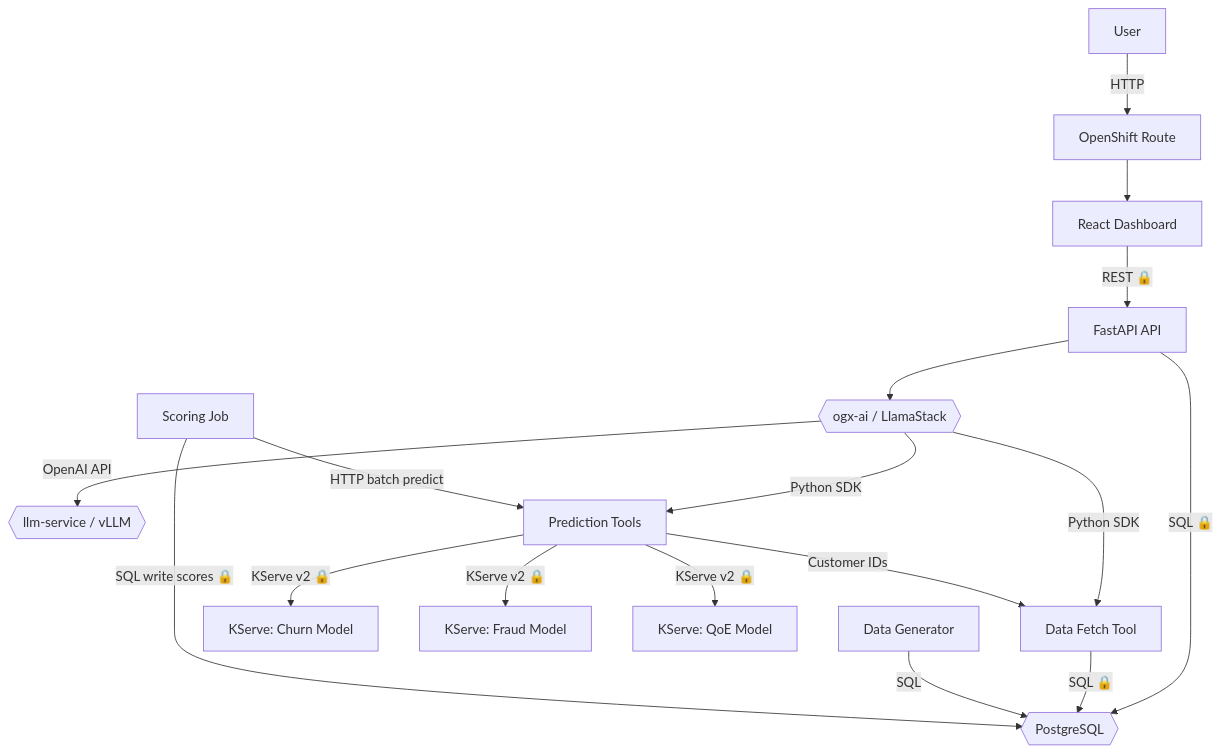
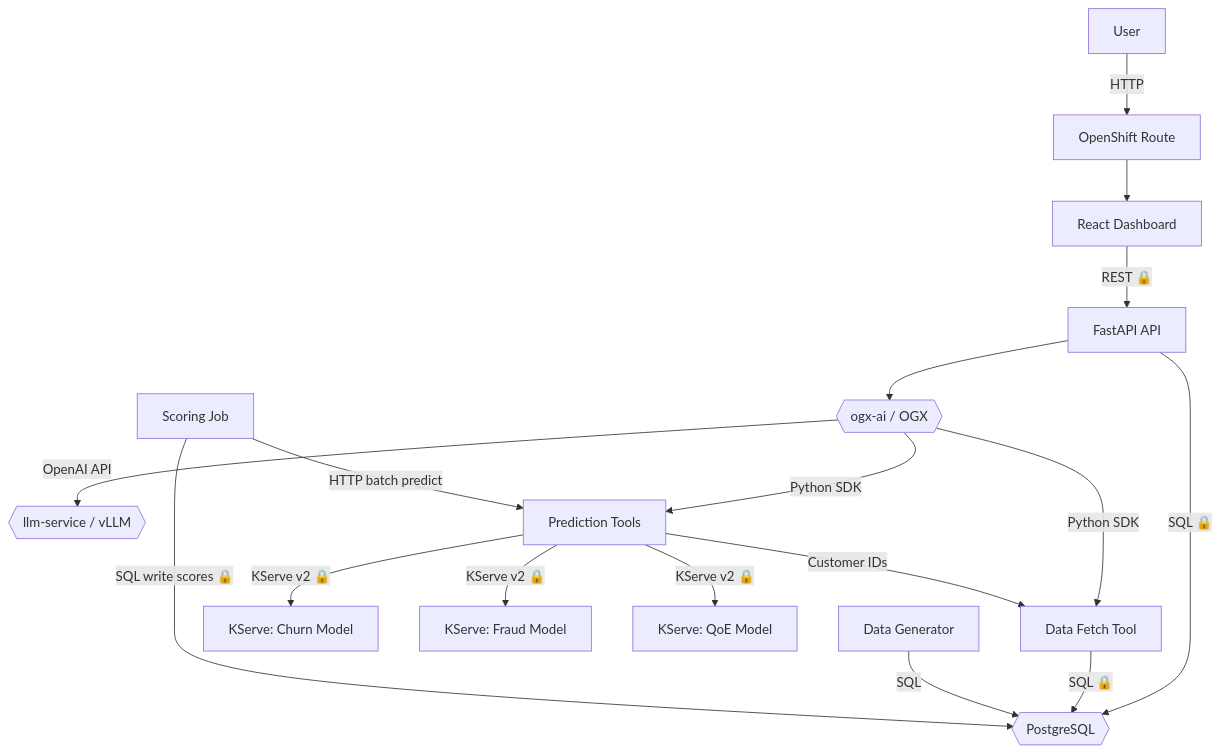
The diagram in README.md (elhadjici/telco-revenue-assurance-agent), drawn with Mermaid before and after one commit. The commit also changed other lines of this file, not shown here.

````diff
--- a/README.md
+++ b/README.md
@@ -29,19 +29,19 @@
 ```mermaid
 flowchart TB
     User -->|HTTP| Route[OpenShift Route]
     Route --> Frontend[React Dashboard]
     Frontend -->|REST 🔒| Backend[FastAPI API]
     Backend -->|SQL 🔒| DB{{PostgreSQL}}
-    Backend --> OGX{{ogx-ai / LlamaStack}}
+    Backend --> OGX{{ogx-ai / OGX}}
     OGX -->|OpenAI API| LLM{{llm-service / vLLM}}
     OGX -->|Python SDK| PredTools[Prediction Tools]
     OGX -->|Python SDK| DataFetch[Data Fetch Tool]
     PredTools -->|Customer IDs| DataFetch
     DataFetch -->|SQL 🔒| DB
     PredTools -->|KServe v2 🔒| ChurnModel[KServe: Churn Model]
     PredTools -->|KServe v2 🔒| FraudModel[KServe: Fraud Model]
     PredTools -->|KServe v2 🔒| QoEModel[KServe: QoE Model]
     DataGen[Data Generator] -->|SQL| DB
     Scoring[Scoring Job] -->|HTTP batch predict| PredTools
     Scoring -->|SQL write scores 🔒| DB
 ```
````
